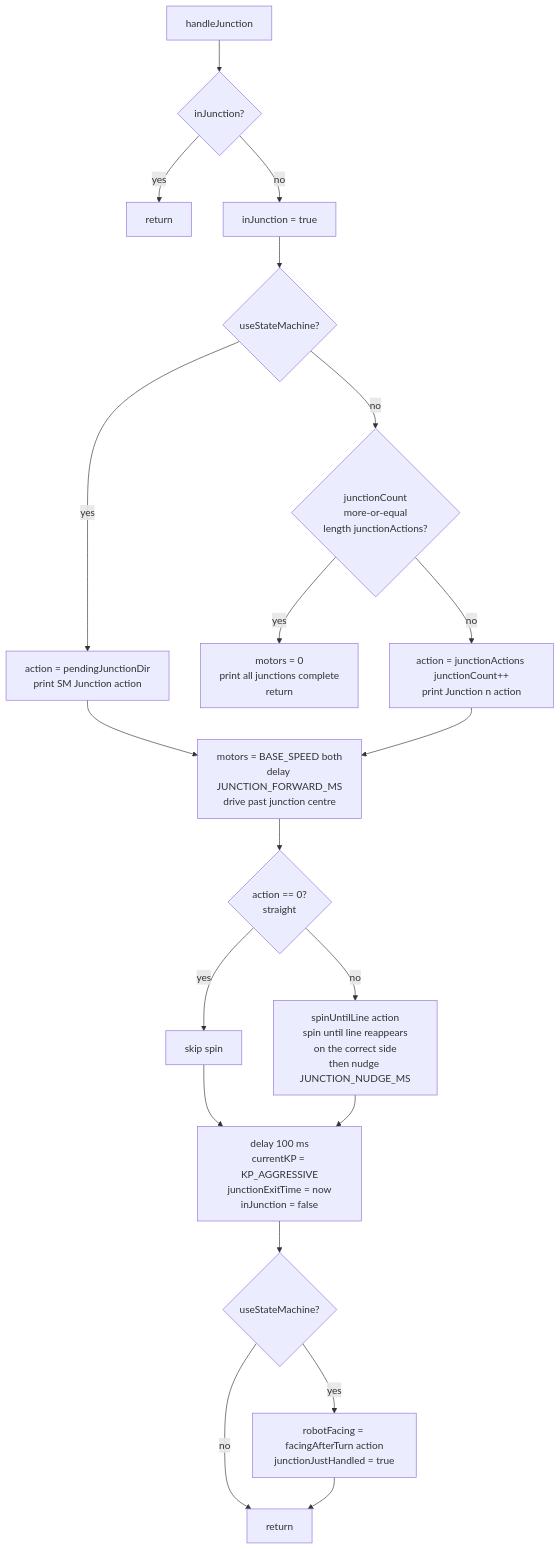
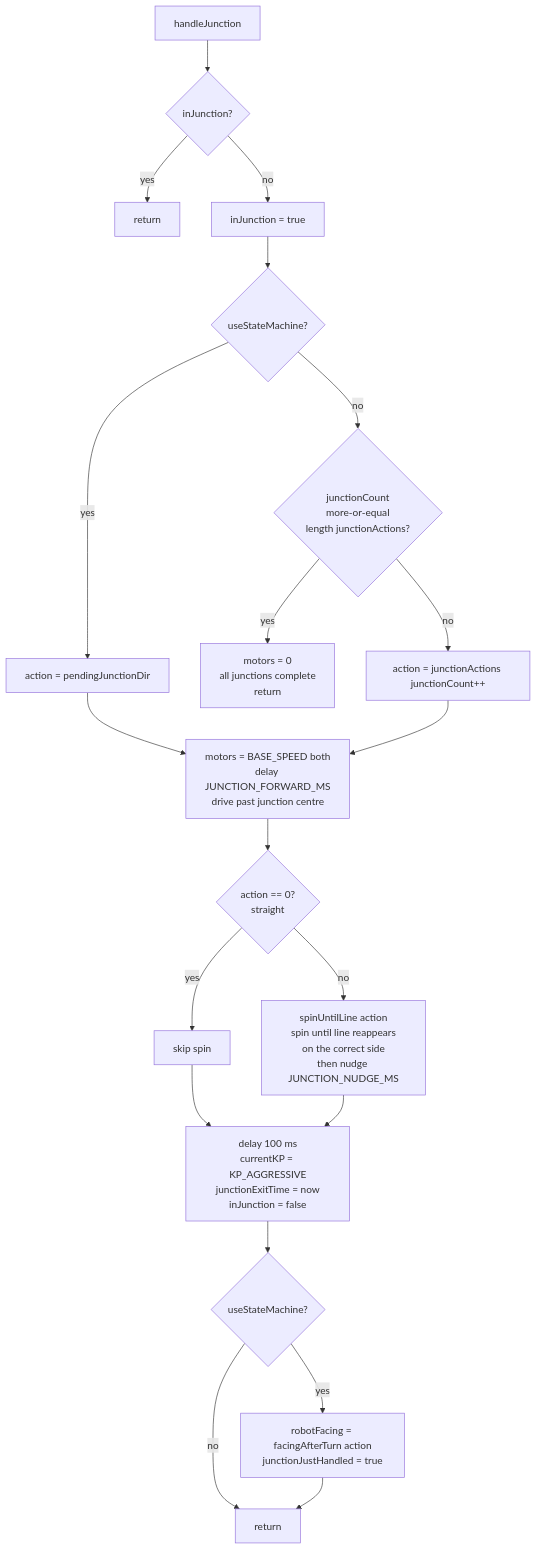
One commit to Stanleyhoo1/Robotics-Challenge changed the eighth of 8 diagrams in docs/flowcharts.md. Above: the diagram before and after it, drawn with Mermaid. The commit also changed other lines of this file and 16 other files, not shown here.

````diff
--- a/docs/flowcharts.md
+++ b/docs/flowcharts.md
@@ -90,22 +233,22 @@
 ```mermaid
 flowchart TD
     A[handleJunction] --> B{inJunction?}
     B -- yes --> Z[return]
     B -- no --> C[inJunction = true]
     C --> D{useStateMachine?}
-    D -- yes --> E[action = pendingJunctionDir<br/>print SM Junction action]
+    D -- yes --> E[action = pendingJunctionDir]
     D -- no --> F{junctionCount<br/>more-or-equal<br/>length junctionActions?}
-    F -- yes --> G[motors = 0<br/>print all junctions complete<br/>return]
-    F -- no --> H[action = junctionActions junctionCount++<br/>print Junction n action]
+    F -- yes --> G[motors = 0<br/>all junctions complete<br/>return]
+    F -- no --> H[action = junctionActions junctionCount++]
     E --> I[motors = BASE_SPEED both<br/>delay JUNCTION_FORWARD_MS<br/>drive past junction centre]
     H --> I
     I --> J{action == 0?<br/>straight}
     J -- yes --> K[skip spin]
     J -- no --> L[spinUntilLine action<br/>spin until line reappears<br/>on the correct side<br/>then nudge JUNCTION_NUDGE_MS]
     K --> M[delay 100 ms<br/>currentKP = KP_AGGRESSIVE<br/>junctionExitTime = now<br/>inJunction = false]
     L --> M
     M --> N{useStateMachine?}
     N -- yes --> O[robotFacing = facingAfterTurn action<br/>junctionJustHandled = true]
     N -- no --> P[return]
     O --> P
 ```
````
